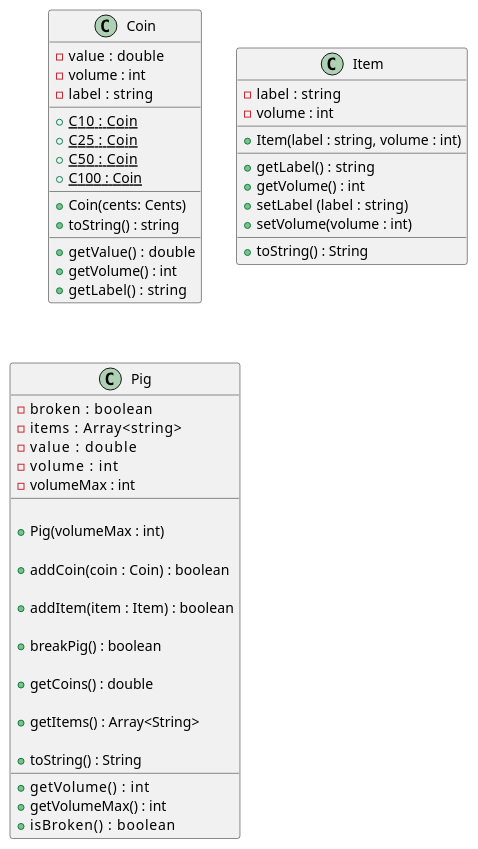
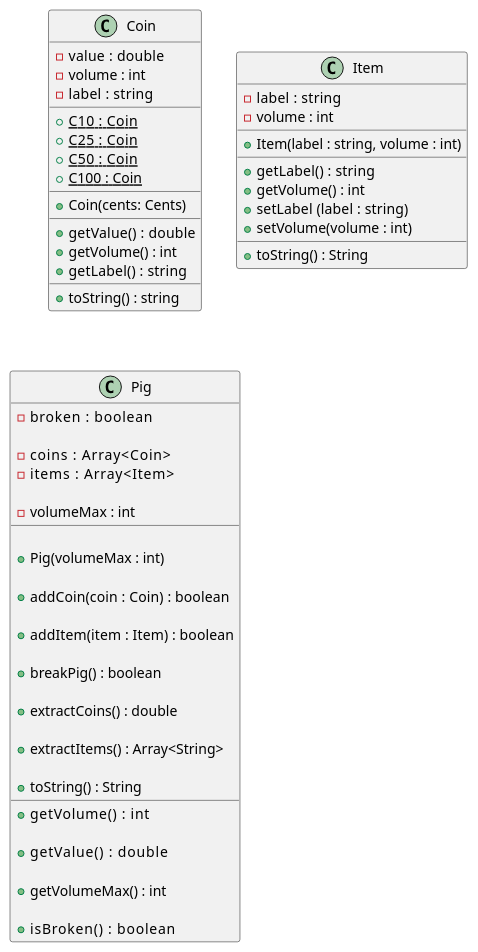
One commit to qxcodepoo/arcade changed the diagram in base/017/.cache/Readme.md. Above: the diagram before and after it, drawn with PlantUML. The commit also changed other lines of this file and 9 other files, not shown here.

````diff
--- a/base/017/.cache/Readme.md
+++ b/base/017/.cache/Readme.md
@@ -49,11 +47,13 @@
   + {static} C100 : Coin
   __
   + Coin(cents: Cents)
-  + toString() : string
   __
   + getValue()  : double
   + getVolume() : int
   + getLabel()  : string
+  __
+  ' retorna value:volume
+  + toString() : string
 }
 
 class Item {
@@ -67,42 +67,56 @@
   + setLabel (label  : string)
   + setVolume(volume : int)
   __
+  ' retorna label:volume
   + toString() : String
 }
 
 class Pig {
   - broken    : boolean
-  - items     : Array<string>
-  - value     : double
-  - volume    : int
+
+  - coins     : Array<Coin>
+  - items     : Array<Item>
+
   - volumeMax : int
   __
   
   ' inicializa o volumeMax
   + Pig(volumeMax : int)
   
-  ' se nao estiver quebrado e couber, adicione o value e o volume
+  ' se nao estiver quebrado e couber, adicione a moeda ao vetor de moedas
   + addCoin(coin  : Coin) : boolean
   
-  ' se não estiver quebrado e couber, adicione no volume e na descrição
+  ' se não estiver quebrado e couber, adicione o item ao vetor de itens
   + addItem(item  : Item) : boolean
   
-  ' quebre o pig, zere o volume
+  ' se o porco não estiver quebrado, quebre o porco
   + breakPig() : boolean
   
-  ' se estiver quebrado, pegue e retorne o value
-  + getCoins() : double
+  ' se estiver quebrado, pegue e retorne as moedas
+  ' se não estiver quebrado, retorne um vetor vazio
+  + extractCoins() : double
   
-  ' se estiver quebrado, pegue e retorno os itens
-  ' se não estiver quebrado, emita o erro e retorne uma lista vazia
-  + getItems() : Array<String>
+  ' se estiver quebrado, pegue e retorne os itens
+  ' se não estiver quebrado, retorne um vetor vazio
+  + extractItems() : Array<String>
   
   ' retorna uma string com uma lista de itens, valor, volume / volumeMax, 
   ' e se o porquinho está quebrado ou não
   + toString() : String
   __
+  ' se estiver quebrado
+    ' retorne zero
+  ' se não estiver quebrado
+    ' percorre o vetor de moedas e o vetor de itens somando o volume de cada um
   + getVolume()    : int
+
+  ' percorre o vetor de moedas somando o valor de cada moeda
+  + getValue()     : double
+
+  ' retorna o volumeMax
   + getVolumeMax() : int
+
+  ' retorna se o porquinho está quebrado ou não
   + isBroken()     : boolean
 }
 ```
````
